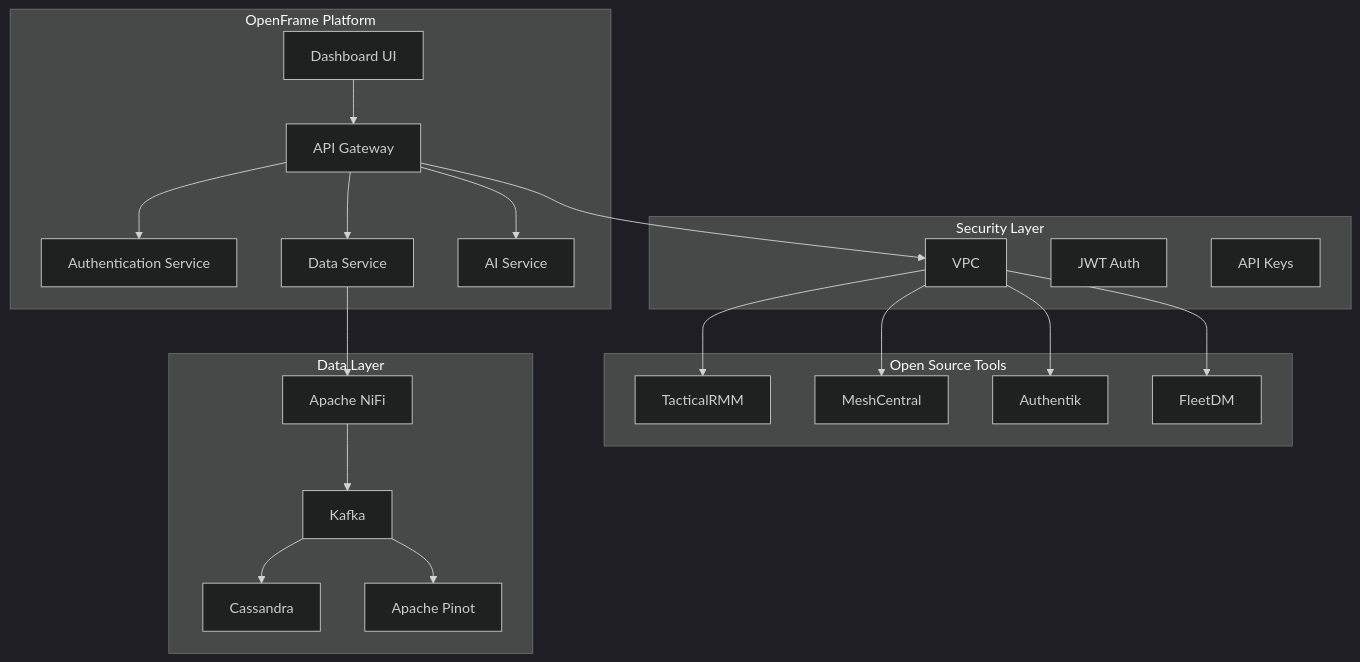
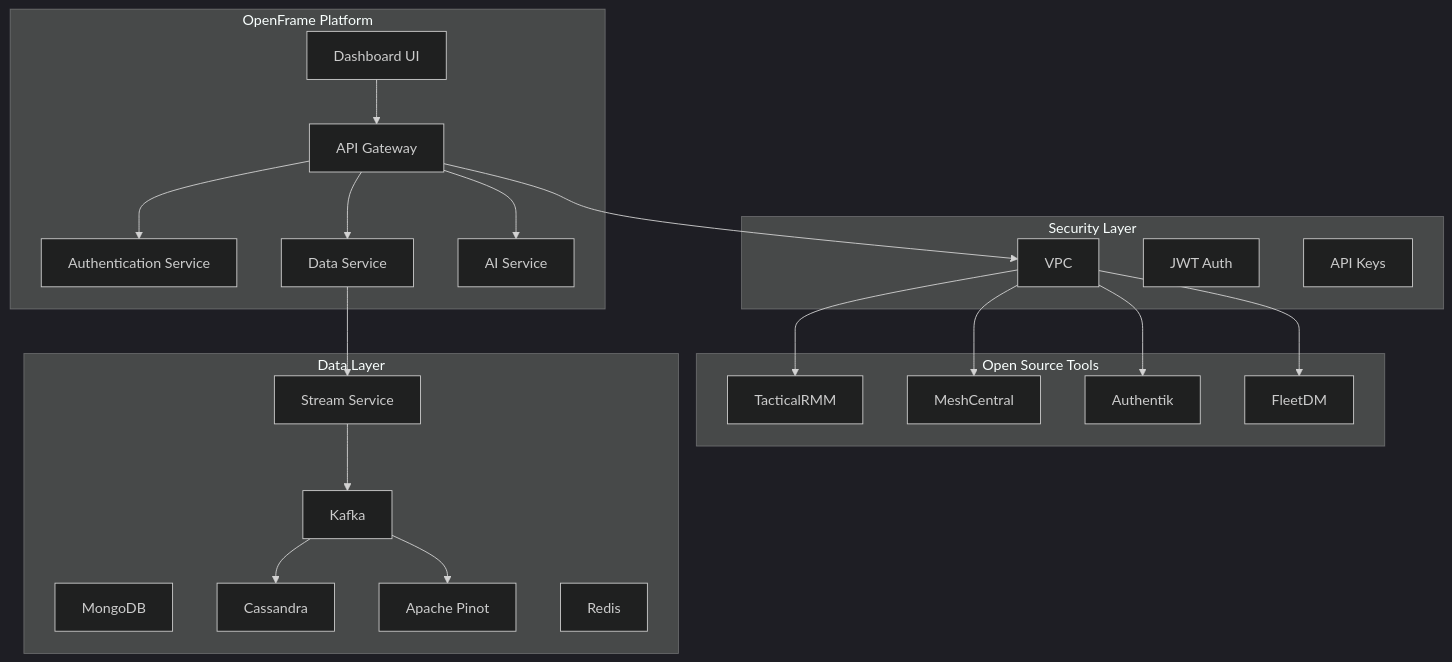
One commit to flamingo-stack/openframe-oss-tenant changed the first of 3 diagrams in docs/docs/diagrams/architecture/system-overview.md. Above: the diagram before and after it, drawn with Mermaid (dark theme). The commit also changed other lines of this file and 7 other files, not shown here.

First line of the commit message:
Update architecture diagrams and remove outdated NiFi references

````diff
--- a/docs/docs/diagrams/architecture/system-overview.md
+++ b/docs/docs/diagrams/architecture/system-overview.md
@@ -7,44 +7,46 @@
 ```mermaid
 graph TB
     subgraph "OpenFrame Platform"
         AG[API Gateway]
         AS[Authentication Service]
         DS[Data Service]
         AIS[AI Service]
         UI[Dashboard UI]
     end
 
     subgraph "Open Source Tools"
         TR[TacticalRMM]
         MC[MeshCentral]
         AK[Authentik]
         FD[FleetDM]
     end
 
     subgraph "Data Layer"
-        NF[Apache NiFi]
+        SS[Stream Service]
         KF[Kafka]
+        MG[MongoDB]
         CS[Cassandra]
         PT[Apache Pinot]
+        RD[Redis]
     end
 
     subgraph "Security Layer"
         VPC[VPC]
         JWT[JWT Auth]
         API[API Keys]
     end
 
     UI --> AG
     AG --> AS
     AG --> DS
     AG --> AIS
     AG --> VPC
     VPC --> TR
     VPC --> MC
     VPC --> AK
     VPC --> FD
-    DS --> NF
-    NF --> KF
+    DS --> SS
+    SS --> KF
     KF --> CS
     KF --> PT
 ```
````
